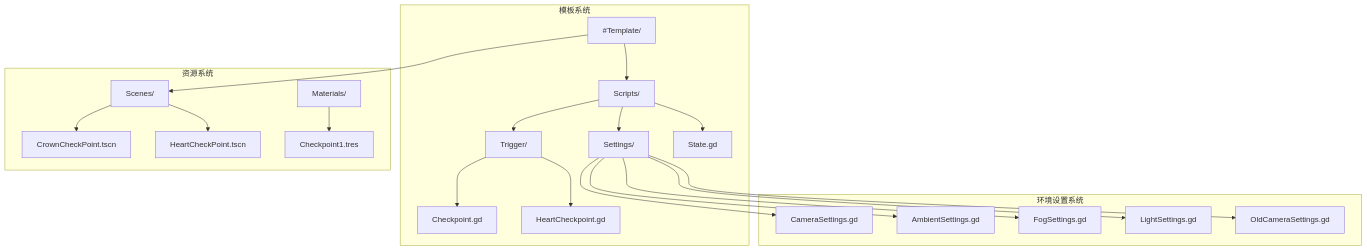
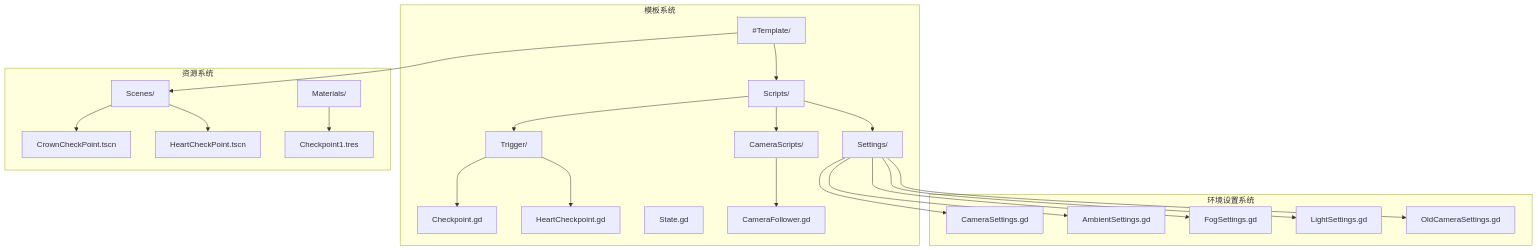
Before and after one commit to godotline/godot-line: the first of 6 diagrams in .qoder/repowiki/zh/content/游戏系统/触发器系统/检查点系统.md, drawn with Mermaid. The commit also changed other lines of this file and 13 other files, not shown here.

````diff
--- a/.qoder/repowiki/zh/content/游戏系统/触发器系统/检查点系统.md
+++ b/.qoder/repowiki/zh/content/游戏系统/触发器系统/检查点系统.md
@@ -48,41 +50,44 @@
 ```mermaid
 graph TB
 subgraph "模板系统"
 TS["#Template/"]
 Scripts["Scripts/"]
 Trigger["Trigger/"]
 Settings["Settings/"]
+CameraScripts["CameraScripts/"]
 Checkpoint["Checkpoint.gd"]
 HeartCheckpoint["HeartCheckpoint.gd"]
 State["State.gd"]
+CameraFollower["CameraFollower.gd"]
 end
 subgraph "环境设置系统"
 CameraSettings["CameraSettings.gd"]
 AmbientSettings["AmbientSettings.gd"]
 FogSettings["FogSettings.gd"]
 LightSettings["LightSettings.gd"]
 OldCameraSettings["OldCameraSettings.gd"]
 end
 subgraph "资源系统"
 Scenes["Scenes/"]
 CrownScene["CrownCheckPoint.tscn"]
 HeartScene["HeartCheckPoint.tscn"]
 Materials["Materials/"]
 CheckpointMat["Checkpoint1.tres"]
 end
 TS --> Scripts
 TS --> Scenes
 Scripts --> Trigger
 Scripts --> Settings
-Scripts --> State
+Scripts --> CameraScripts
 Trigger --> Checkpoint
 Trigger --> HeartCheckpoint
 Settings --> CameraSettings
 Settings --> AmbientSettings
 Settings --> FogSettings
 Settings --> LightSettings
 Settings --> OldCameraSettings
+CameraScripts --> CameraFollower
 Scenes --> CrownScene
 Scenes --> HeartScene
 Materials --> CheckpointMat
 ```
````
